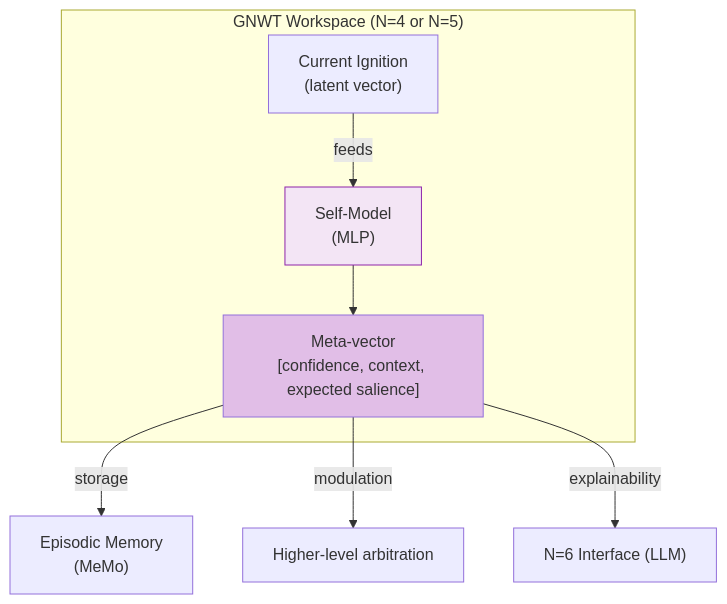
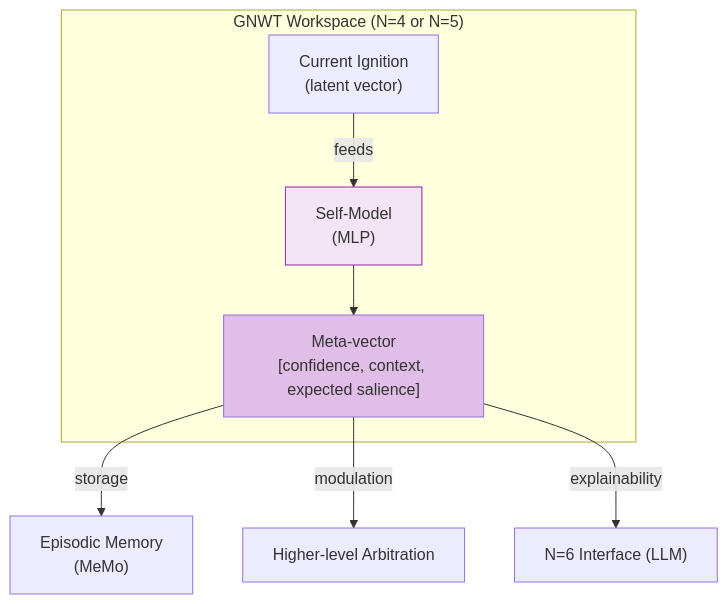
Before and after one commit to AlainCo/GNWT-Garrigue-X-en: the fifth of 7 diagrams in concepts/concepts.md, drawn with Mermaid. The commit also changed other lines of this file and 23 other files, not shown here.

````diff
--- a/concepts/concepts.md
+++ b/concepts/concepts.md
@@ -456,18 +453,18 @@
 ```mermaid
 flowchart TD
     subgraph Workspace ["GNWT Workspace (N=4 or N=5)"]
         I["Current Ignition<br>(latent vector)"]
         SM["Self-Model<br>(MLP)"]
         M["Meta-vector<br>[confidence, context, expected salience]"]
     end
 
     I -->|"feeds"| SM
     SM --> M
 
     M -->|"storage"| MeMo["Episodic Memory<br>(MeMo)"]
-    M -->|"modulation"| Decision["Higher-level arbitration"]
+    M -->|"modulation"| Decision["Higher-level Arbitration"]
     M -->|"explainability"| LLM["N=6 Interface (LLM)"]
 
     style SM fill:#f3e5f5,stroke:#8e24aa
     style M fill:#e1bee7
 ```
````
